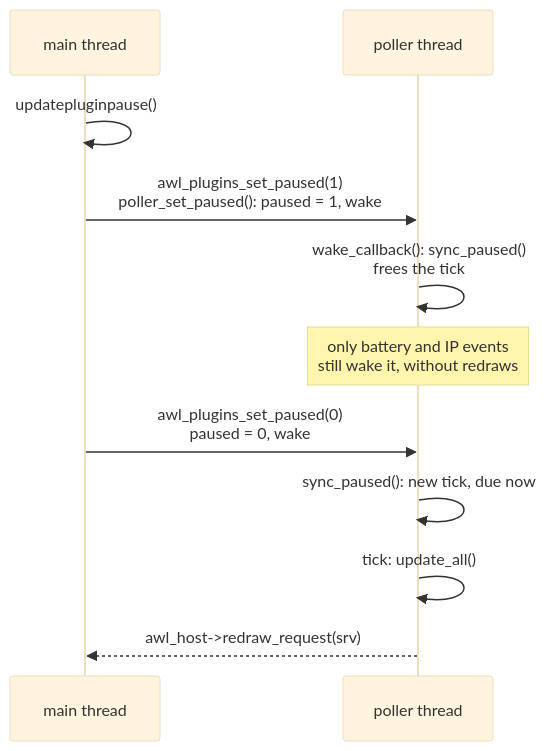
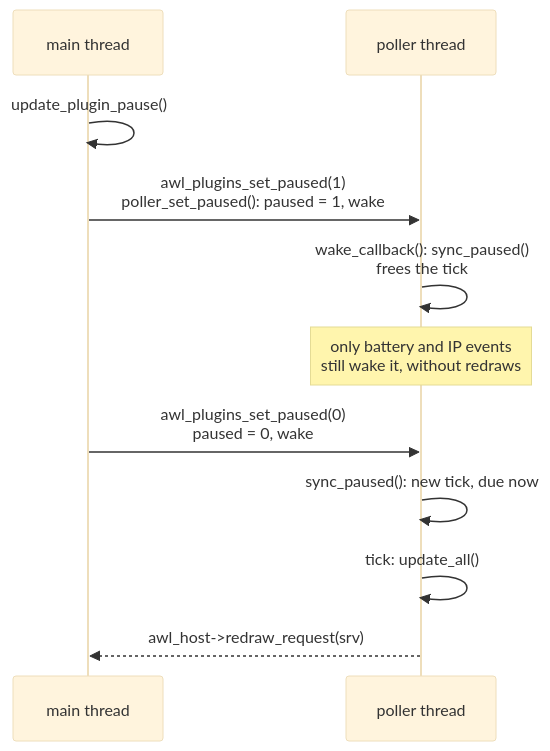
The fourth of 8 diagrams in doc/threads.rst (alcubierre-drive/awl), drawn with Mermaid (base theme) before and after one commit. The commit also changed other lines of this file and 132 other files, not shown here.

```diff
--- a/doc/threads.rst
+++ b/doc/threads.rst
@@ -223,13 +223,13 @@
 .. mermaid::
 
    sequenceDiagram
      participant M as main thread
      participant P as poller thread
-     M->>M: updatepluginpause()
+     M->>M: update_plugin_pause()
      M->>P: awl_plugins_set_paused(1)<br/>poller_set_paused(): paused = 1, wake
      P->>P: wake_callback(): sync_paused()<br/>frees the tick
      Note over P: only battery and IP events<br/>still wake it, without redraws
      M->>P: awl_plugins_set_paused(0)<br/>paused = 0, wake
      P->>P: sync_paused(): new tick, due now
      P->>P: tick: update_all()
      P-->>M: awl_host->redraw_request(srv)
```
